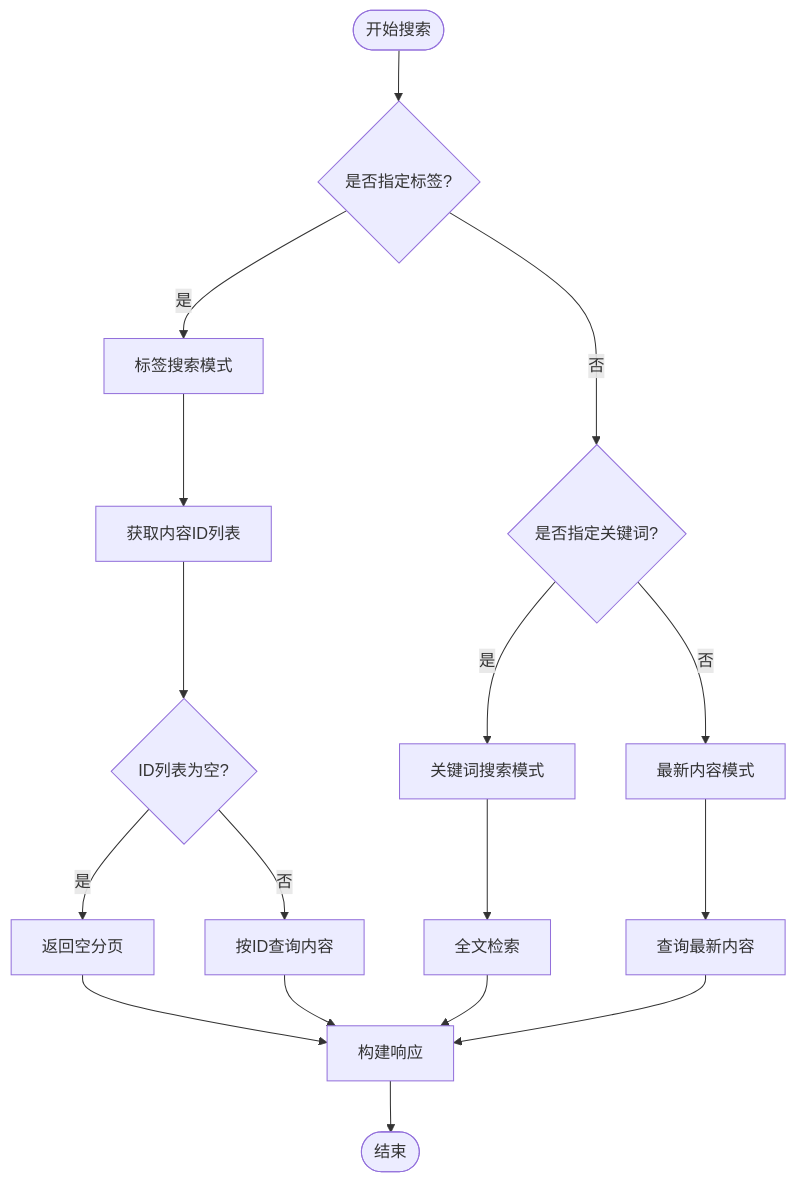
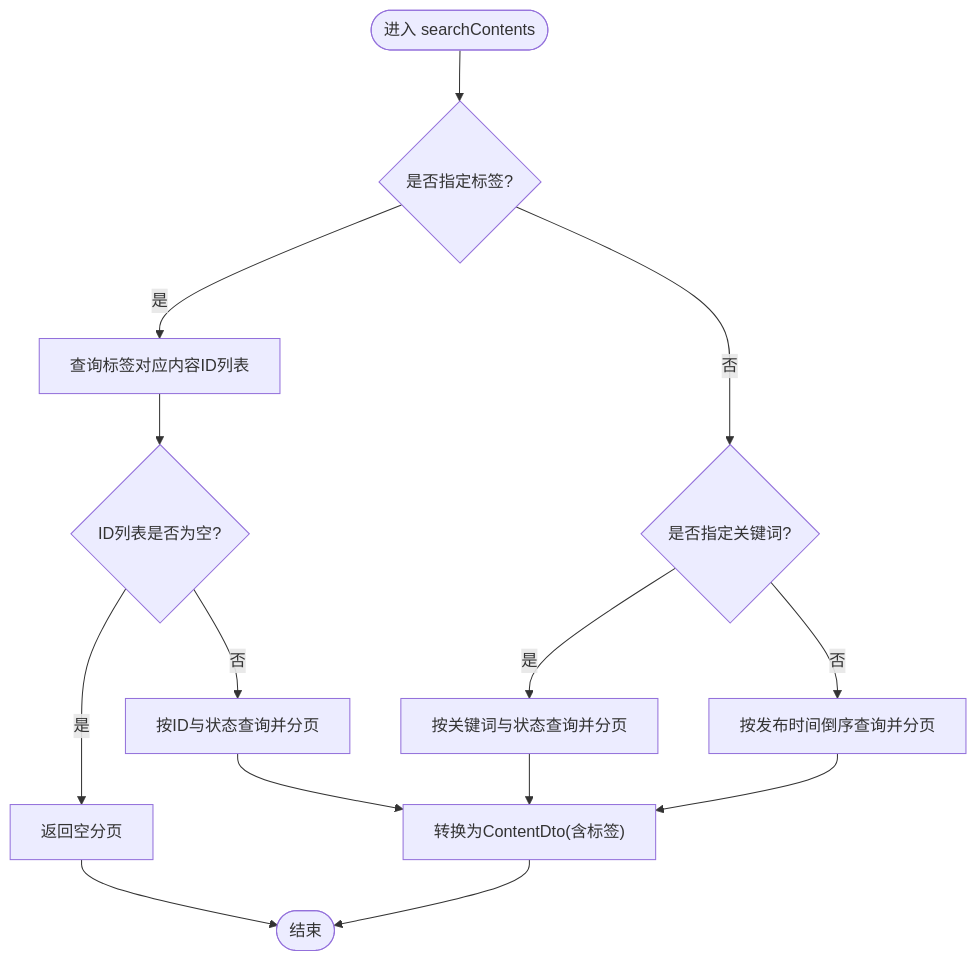
One commit to koala-xiong/communication-qoder changed the third of 6 diagrams in .qoder/repowiki/zh/content/搜索系统/搜索系统.md. Above: the diagram before and after it, drawn with Mermaid. The commit also changed other lines of this file and 73 other files, not shown here.

````diff
--- a/.qoder/repowiki/zh/content/搜索系统/搜索系统.md
+++ b/.qoder/repowiki/zh/content/搜索系统/搜索系统.md
@@ -227,19 +176,16 @@
 ```mermaid
 flowchart TD
-Start([开始搜索]) --> CheckTag{是否指定标签?}
-CheckTag --> |是| TagSearch[标签搜索模式]
-CheckTag --> |否| CheckKeyword{是否指定关键词?}
-CheckKeyword --> |是| KeywordSearch[关键词搜索模式]
-CheckKeyword --> |否| LatestSearch[最新内容模式]
-TagSearch --> GetIds[获取内容ID列表]
-GetIds --> ValidateIds{ID列表为空?}
-ValidateIds --> |是| ReturnEmpty[返回空分页]
-ValidateIds --> |否| QueryByIDs[按ID查询内容]
-KeywordSearch --> QueryByKeyword[全文检索]
-LatestSearch --> QueryLatest[查询最新内容]
-ReturnEmpty --> BuildResponse[构建响应]
-QueryByIDs --> BuildResponse
-QueryByKeyword --> BuildResponse
-QueryLatest --> BuildResponse
-BuildResponse --> End([结束])
+Start(["进入 searchContents"]) --> CheckTag{"是否指定标签?"}
+CheckTag --> |是| LoadIds["查询标签对应内容ID列表"]
+LoadIds --> HasIds{"ID列表是否为空?"}
+HasIds --> |是| ReturnEmpty["返回空分页"]
+HasIds --> |否| QueryByIds["按ID与状态查询并分页"]
+CheckTag --> |否| CheckKeyword{"是否指定关键词?"}
+CheckKeyword --> |是| QueryByKeyword["按关键词与状态查询并分页"]
+CheckKeyword --> |否| QueryLatest["按发布时间倒序查询并分页"]
+QueryByIds --> BuildDTO["转换为ContentDto(含标签)"]
+QueryByKeyword --> BuildDTO
+QueryLatest --> BuildDTO
+ReturnEmpty --> End(["结束"])
+BuildDTO --> End
 ```
````
